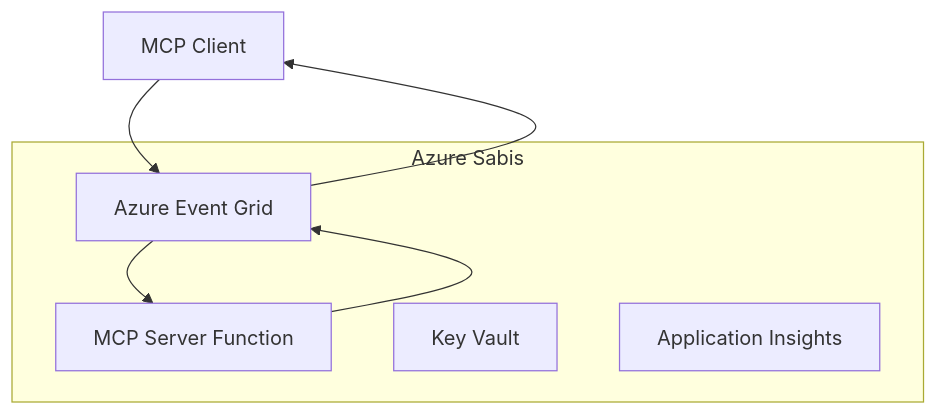
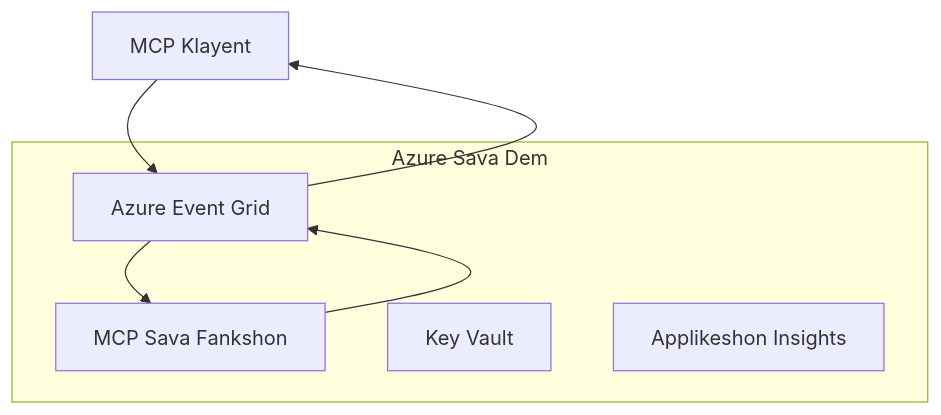
One commit to HIDORAKAI002/ai-workspace-archive changed the first of 2 diagrams in mcp_ecosystem__model_context_protocol/mcp_learning_resources/mcp-for-beginners/translations/pcm/05-AdvancedTopics/mcp-transport/README.md. Above: the diagram before and after it, drawn with Mermaid. The commit also changed other lines of this file and 1539 other files, not shown here.

````diff
--- a/mcp_ecosystem__model_context_protocol/mcp_learning_resources/mcp-for-beginners/translations/pcm/05-AdvancedTopics/mcp-transport/README.md
+++ b/mcp_ecosystem__model_context_protocol/mcp_learning_resources/mcp-for-beginners/translations/pcm/05-AdvancedTopics/mcp-transport/README.md
@@ -58,14 +58,14 @@
 ```mermaid
 graph TB
-    Client[MCP Client] --> EG[Azure Event Grid]
-    EG --> Server[MCP Server Function]
+    Client[MCP Klayent] --> EG[Azure Event Grid]
+    EG --> Server[MCP Sava Fankshon]
     Server --> EG
     EG --> Client
     
-    subgraph "Azure Sabis"
+    subgraph "Azure Sava Dem"
         EG
         Server
         KV[Key Vault]
-        Monitor[Application Insights]
+        Monitor[Applikeshon Insights]
     end
 ```
````
